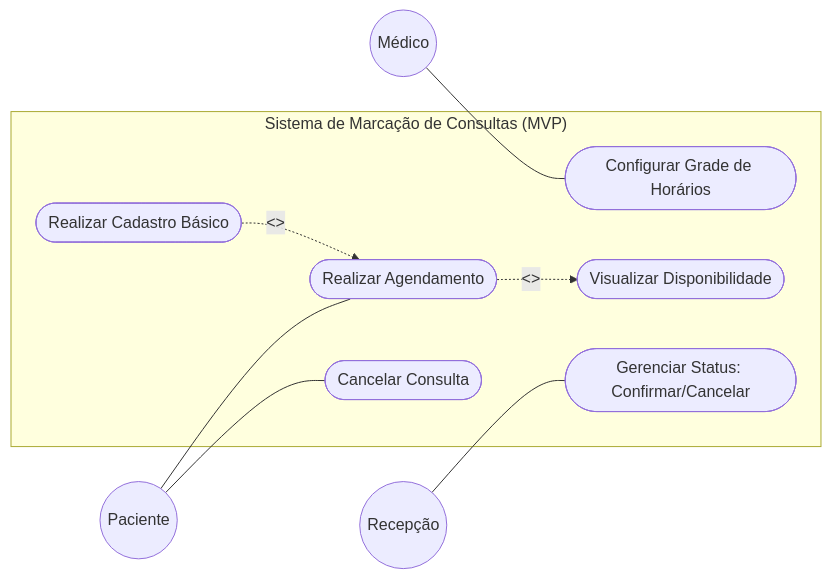
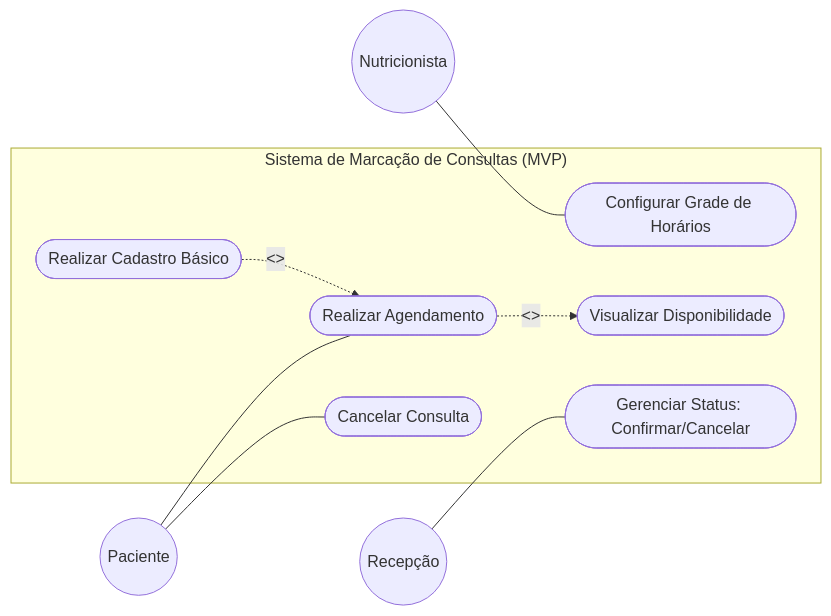
Before and after one commit to STeam-PI/Nutri-PI: the diagram in README.md, drawn with Mermaid. The commit also changed other lines of this file, not shown here.

First line of the commit message:
docs: alinha README ao domínio de nutricionista

````diff
--- a/README.md
+++ b/README.md
@@ -101,23 +101,23 @@
 ```mermaid
 graph LR
-    Medico((Médico))
+    Nutricionista((Nutricionista))
     Paciente((Paciente))
     Recepcao((Recepção))
 
     subgraph "Sistema de Marcação de Consultas (MVP)"
         UC1([Configurar Grade de Horários])
         UC2([Realizar Agendamento])
         UC3([Visualizar Disponibilidade])
         UC4([Realizar Cadastro Básico])
         UC5([Cancelar Consulta])
         UC6([Gerenciar Status: Confirmar/Cancelar])
 
         UC2 -. "<<include>>" .-> UC3
         UC4 -. "<<extend>>" .-> UC2
     end
 
-    Medico --- UC1
+    Nutricionista --- UC1
     Paciente --- UC2
     Paciente --- UC5
     Recepcao --- UC6
 ```
````
